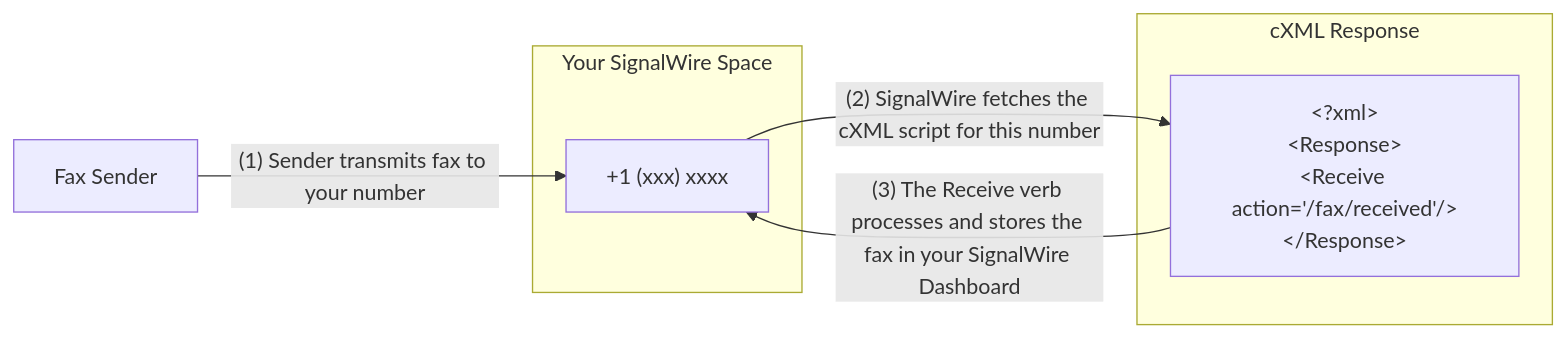
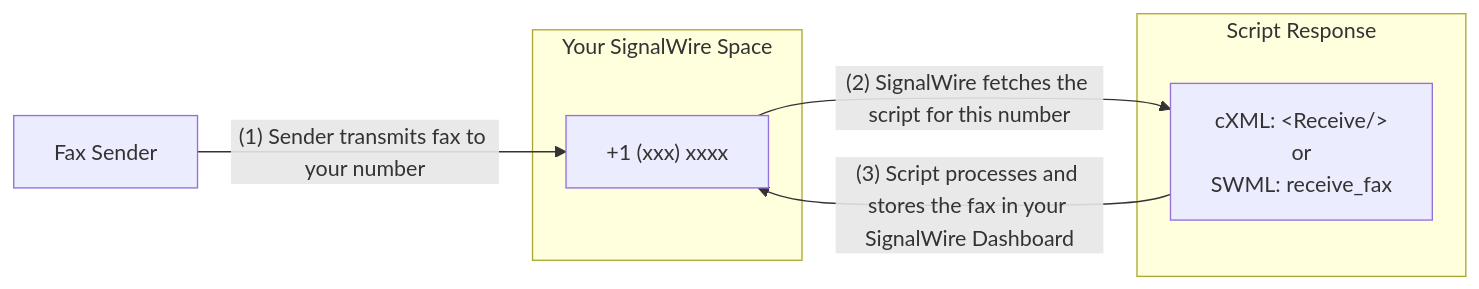
Before and after one commit to signalwire/docs: the diagram in website/docs/main/home/calling/fax/getting-started/first-steps-with-fax/index.mdx, drawn with Mermaid. The commit also changed other lines of this file and 1 other file, not shown here.

Commit message:
Created tab for resource creation/assignment dedicated to SWML. Resolved formatting inconsistencies and updated cxml script example image.

````diff
--- a/website/docs/main/home/calling/fax/getting-started/first-steps-with-fax/index.mdx
+++ b/website/docs/main/home/calling/fax/getting-started/first-steps-with-fax/index.mdx
@@ -40,17 +40,17 @@
   ```mermaid
   graph LR
       Sender["Fax Sender"]
 
       subgraph CompanyNumbers["Your SignalWire Space"]
           N1["+1 (xxx) xxxx"]
       end
 
-      subgraph XML["cXML Response"]
-        C["&lt;?xml&gt;<br>&lt;Response&gt;<br>&lt;Receive action='/fax/received'/&gt;<br>&lt;/Response&gt;"]
+      subgraph Script["Script Response"]
+        C["cXML: &lt;Receive/&gt;<br>or<br>SWML: receive_fax"]
       end
 
       %% Positioning adjustments
       Sender -- "(1) Sender transmits fax to your number" --> N1
-      N1 -- "(2) SignalWire fetches the cXML script for this number" --> C
-      C -- "(3) The Receive verb processes and stores the fax in your SignalWire Dashboard" --> N1
+      N1 -- "(2) SignalWire fetches the script for this number" --> C
+      C -- "(3) Script processes and stores the fax in your SignalWire Dashboard" --> N1
   ```
````
